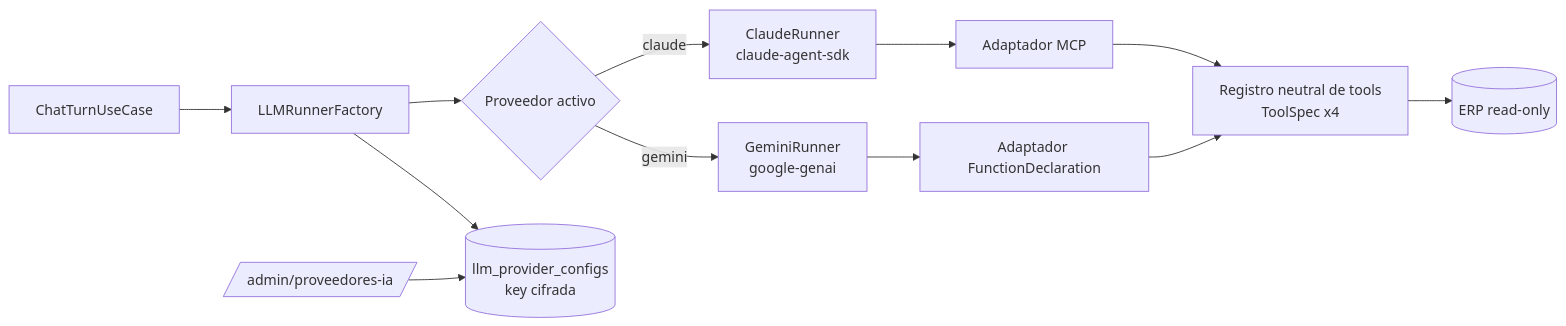
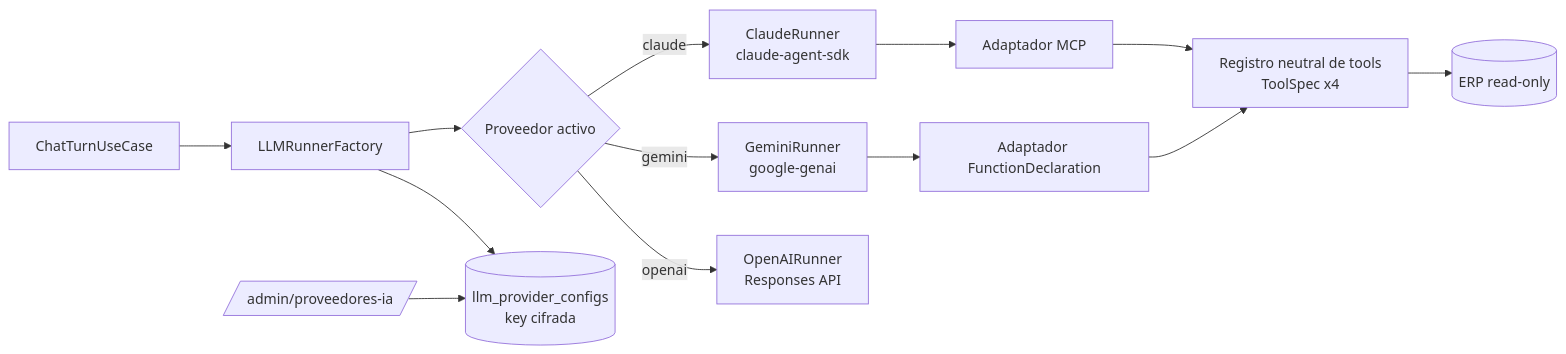
Before and after one commit to danrodd/savi-ia: the diagram in backend/docs/llm_providers/00-prd.md, drawn with Mermaid. The commit also changed other lines of this file and 1 other file, not shown here.

First line of the commit message:
docs(llm-providers): especificar integracion de OpenAI

````diff
--- a/backend/docs/llm_providers/00-prd.md
+++ b/backend/docs/llm_providers/00-prd.md
@@ -112,14 +116,15 @@
 ```mermaid
 flowchart LR
     UC[ChatTurnUseCase] --> F[LLMRunnerFactory]
     F --> R{Proveedor activo}
     R -->|claude| CR[ClaudeRunner<br/>claude-agent-sdk]
     R -->|gemini| GR[GeminiRunner<br/>google-genai]
+    R -->|openai| OR[OpenAIRunner<br/>Responses API]
     CR --> TA[Adaptador MCP]
     GR --> TG[Adaptador FunctionDeclaration]
     TA --> T[Registro neutral de tools<br/>ToolSpec x4]
     TG --> T
     T --> ERP[(ERP read-only)]
     F --> C[(llm_provider_configs<br/>key cifrada)]
     ADM[/admin/proveedores-ia/] --> C
 ```
````
